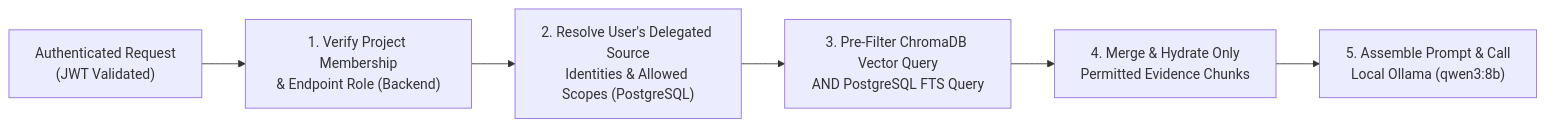
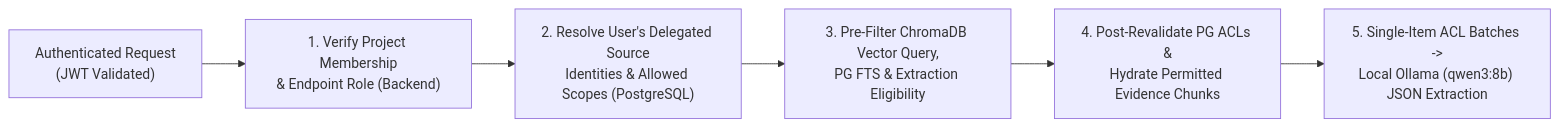
One commit to adwaitumredkar1818/intelligent-project-knowledge-handover changed the diagram in documentation/architecture/security-architecture.md. Above: the diagram before and after it, drawn with Mermaid. The commit also changed other lines of this file and 12 other files, not shown here.

Commit message:
docs: update architecture/API specs through Phase 2.6 and add Phase 2.7 plan

````diff
--- a/documentation/architecture/security-architecture.md
+++ b/documentation/architecture/security-architecture.md
@@ -68,8 +85,8 @@
 ```mermaid
 flowchart LR
     Req["Authenticated Request\n(JWT Validated)"] --> RBAC["1. Verify Project Membership\n& Endpoint Role (Backend)"]
     RBAC --> Pol["2. Resolve User's Delegated Source\nIdentities & Allowed Scopes (PostgreSQL)"]
-    Pol --> Filter["3. Pre-Filter ChromaDB Vector Query\nAND PostgreSQL FTS Query"]
-    Filter --> Hydrate["4. Merge & Hydrate Only\nPermitted Evidence Chunks"]
-    Hydrate --> LLM["5. Assemble Prompt & Call\nLocal Ollama (qwen3:8b)"]
+    Pol --> Filter["3. Pre-Filter ChromaDB Vector Query,\nPG FTS & Extraction Eligibility"]
+    Filter --> Hydrate["4. Post-Revalidate PG ACLs &\nHydrate Permitted Evidence Chunks"]
+    Hydrate --> LLM["5. Single-Item ACL Batches ->\nLocal Ollama (qwen3:8b) JSON Extraction"]
 ```
````
